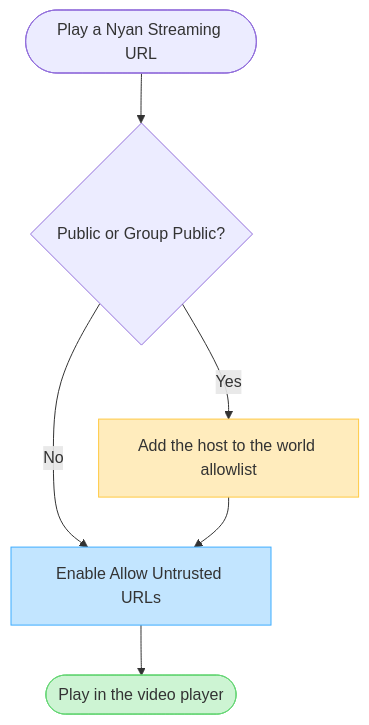
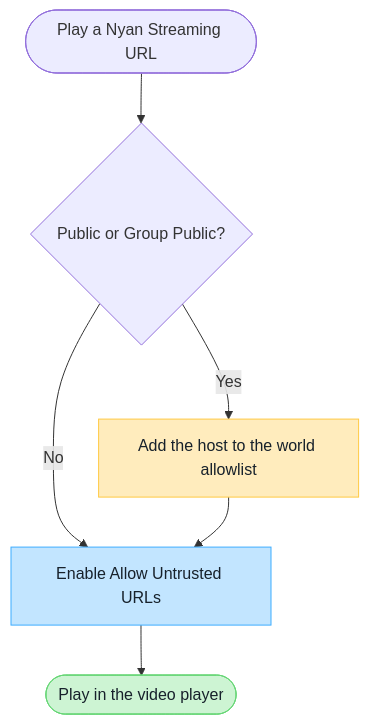
The diagram in src/content/docs/en/services/streaming-service/nyan-streaming/vrchat-world-domains.md (KuronekoServer/wiki.krnk.org), drawn with Mermaid before and after one commit. The commit also changed 4 other files, not shown here.

````diff
--- a/src/content/docs/en/services/streaming-service/nyan-streaming/vrchat-world-domains.md
+++ b/src/content/docs/en/services/streaming-service/nyan-streaming/vrchat-world-domains.md
@@ -46,18 +46,18 @@
 ```mermaid
 flowchart TD
     start(["Play a Nyan Streaming URL"])
     publicType{"Public or Group Public?"}
     addDomain["Add the host to the world allowlist"]
     enableSetting["Enable Allow Untrusted URLs"]
     playback(["Play in the video player"])
 
     start --> publicType
     publicType -->|"Yes"| addDomain
     publicType -->|"No"| enableSetting
     addDomain --> enableSetting
     enableSetting --> playback
 
-    style addDomain fill:#FFECBD,stroke:#FFC943
-    style enableSetting fill:#C2E5FF,stroke:#3DADFF
-    style playback fill:#CDF4D3,stroke:#66D575
+    style addDomain fill:#FFECBD,stroke:#FFC943,color:#17212b
+    style enableSetting fill:#C2E5FF,stroke:#3DADFF,color:#17212b
+    style playback fill:#CDF4D3,stroke:#66D575,color:#17212b
 ```
````
